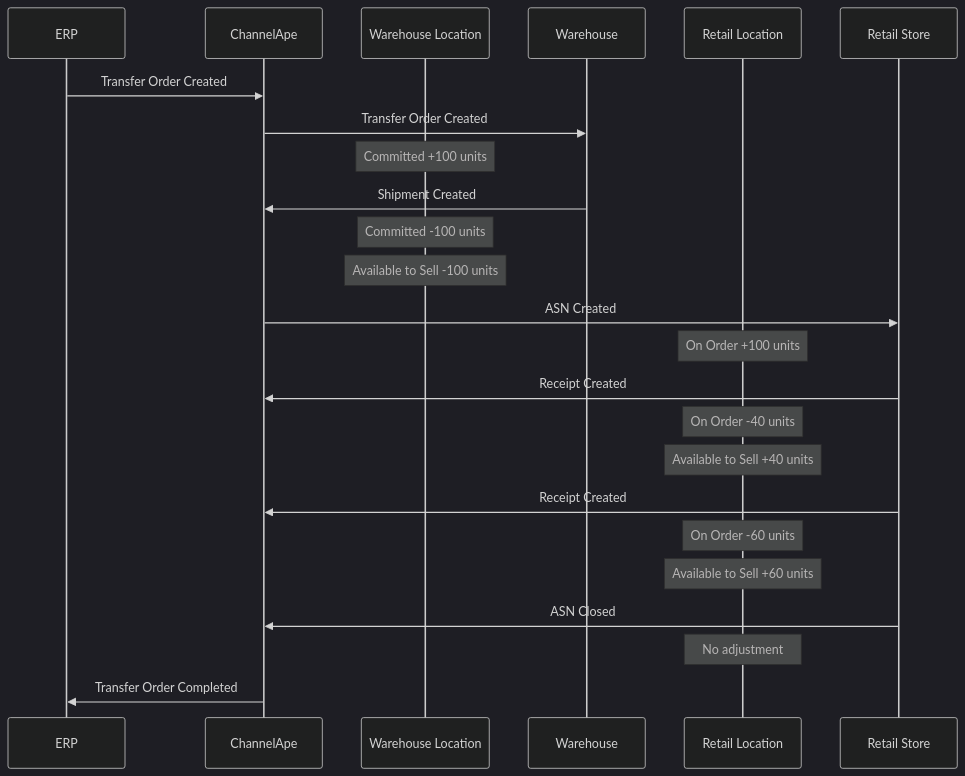
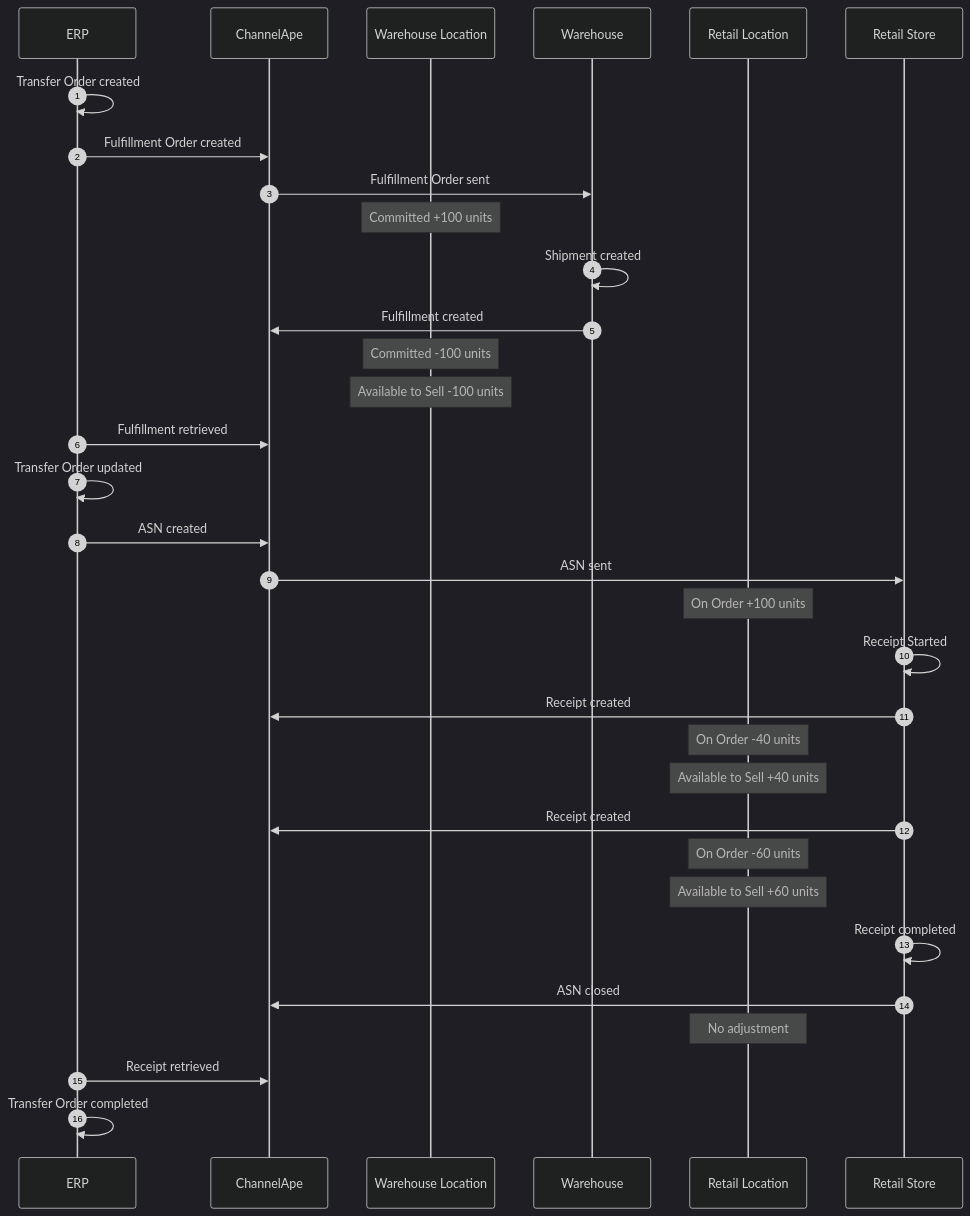
One commit to ChannelApe/channelape-docs changed the second of 6 diagrams in data flows/transfer orders/README.md. Above: the diagram before and after it, drawn with Mermaid (dark theme). The commit also changed other lines of this file, not shown here.

Commit message:
Updated Transfer Orders & Damages Refurb examples

````diff
--- a/data flows/transfer orders/README.md
+++ b/data flows/transfer orders/README.md
@@ -43,34 +57,47 @@
 ```mermaid
 sequenceDiagram
+    autonumber
     participant ERP
     participant ChannelApe
     participant Warehouse Location
     participant Warehouse
     participant Retail Location
     participant Retail Store
 
-    ERP->>ChannelApe: Transfer Order Created
+    ERP->>ERP: Transfer Order created
+    ERP->>ChannelApe: Fulfillment Order created
 
-    ChannelApe->>Warehouse: Transfer Order Created
+    ChannelApe->>Warehouse: Fulfillment Order sent
     note over Warehouse Location: Committed +100 units
     
-    Warehouse->>ChannelApe: Shipment Created
+    Warehouse->>Warehouse: Shipment created
+    Warehouse->>ChannelApe: Fulfillment created
     note over Warehouse Location: Committed -100 units
     note over Warehouse Location: Available to Sell -100 units
+
+    ERP->>ChannelApe: Fulfillment retrieved
+    ERP->>ERP: Transfer Order updated
+    ERP->>ChannelApe: ASN created
     
-    ChannelApe->>Retail Store: ASN Created
+    ChannelApe->>Retail Store: ASN sent
     note over Retail Location: On Order +100 units
 
-    Retail Store->>ChannelApe: Receipt Created
+    Retail Store->>Retail Store: Receipt Started
+
+    Retail Store->>ChannelApe: Receipt created
     note over Retail Location: On Order -40 units
     note over Retail Location: Available to Sell +40 units
 
-    Retail Store->>ChannelApe: Receipt Created
+    Retail Store->>ChannelApe: Receipt created
     note over Retail Location: On Order -60 units
     note over Retail Location: Available to Sell +60 units
+    
+    Retail Store->>Retail Store: Receipt completed
 
-    Retail Store->>ChannelApe: ASN Closed
+    Retail Store->>ChannelApe: ASN closed
     note over Retail Location: No adjustment
 
-    ChannelApe->>ERP: Transfer Order Completed
+    ERP->>ChannelApe: Receipt retrieved
+
+    ERP->>ERP: Transfer Order completed
 ```
````
